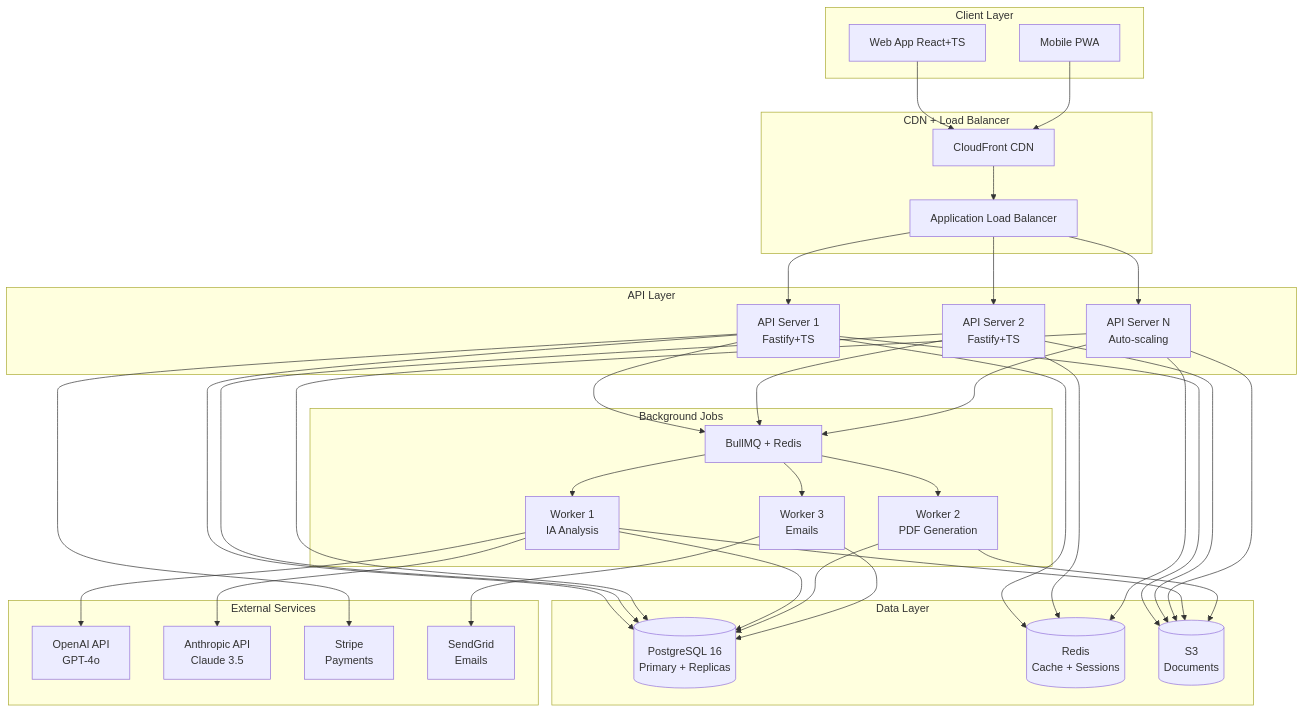
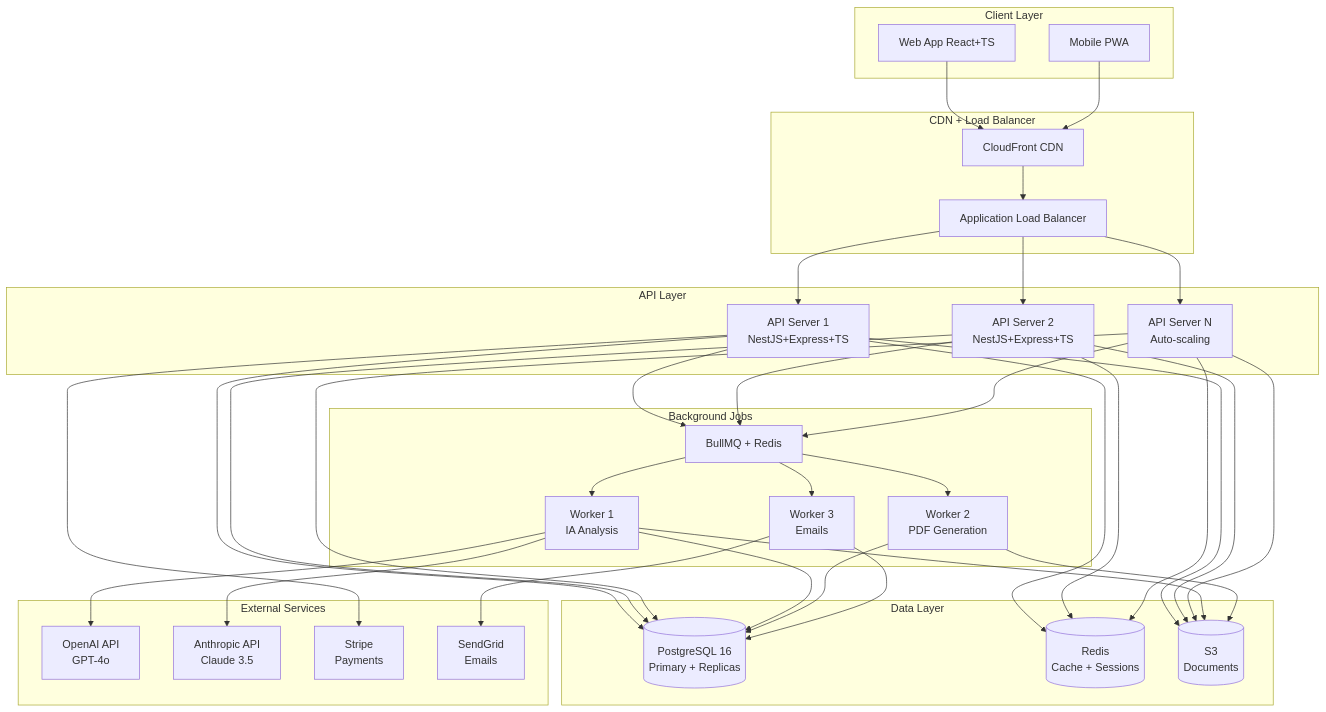
One commit to Ecohalal/halalsphere-docs changed the first of 3 diagrams in 02-technical/technical-architecture.md. Above: the diagram before and after it, drawn with Mermaid. The commit also changed other lines of this file and 35 other files, not shown here.

````diff
--- a/02-technical/technical-architecture.md
+++ b/02-technical/technical-architecture.md
@@ -125,78 +125,78 @@
 ```mermaid
 graph TB
     subgraph "Client Layer"
         WebApp[Web App React+TS]
         MobileApp[Mobile PWA]
     end
 
     subgraph "CDN + Load Balancer"
         CloudFront[CloudFront CDN]
         ALB[Application Load Balancer]
     end
 
     subgraph "API Layer"
-        API1[API Server 1<br/>Fastify+TS]
-        API2[API Server 2<br/>Fastify+TS]
+        API1[API Server 1<br/>NestJS+Express+TS]
+        API2[API Server 2<br/>NestJS+Express+TS]
         API3[API Server N<br/>Auto-scaling]
     end
 
     subgraph "Background Jobs"
         Worker1[Worker 1<br/>IA Analysis]
         Worker2[Worker 2<br/>PDF Generation]
         Worker3[Worker 3<br/>Emails]
         Queue[BullMQ + Redis]
     end
 
     subgraph "Data Layer"
         PG[(PostgreSQL 16<br/>Primary + Replicas)]
         Redis[(Redis<br/>Cache + Sessions)]
         S3[(S3<br/>Documents)]
     end
 
     subgraph "External Services"
         OpenAI[OpenAI API<br/>GPT-4o]
         Anthropic[Anthropic API<br/>Claude 3.5]
         Stripe[Stripe<br/>Payments]
         SendGrid[SendGrid<br/>Emails]
     end
 
     WebApp --> CloudFront
     MobileApp --> CloudFront
     CloudFront --> ALB
     ALB --> API1
     ALB --> API2
     ALB --> API3
 
     API1 --> PG
     API2 --> PG
     API3 --> PG
 
     API1 --> Redis
     API2 --> Redis
     API3 --> Redis
 
     API1 --> S3
     API2 --> S3
     API3 --> S3
 
     API1 --> Queue
     API2 --> Queue
     API3 --> Queue
 
     Queue --> Worker1
     Queue --> Worker2
     Queue --> Worker3
 
     Worker1 --> OpenAI
     Worker1 --> Anthropic
     Worker1 --> PG
     Worker1 --> S3
 
     Worker2 --> PG
     Worker2 --> S3
 
     Worker3 --> SendGrid
     Worker3 --> PG
 
     API1 --> Stripe
 ```
````
